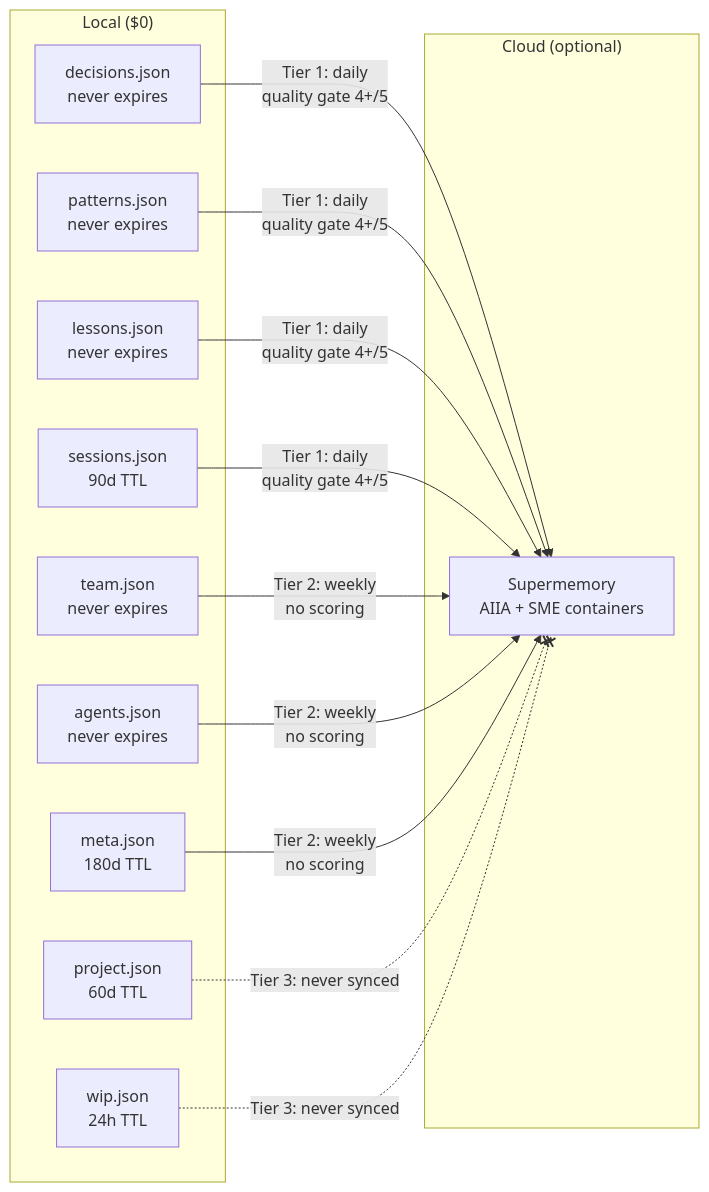
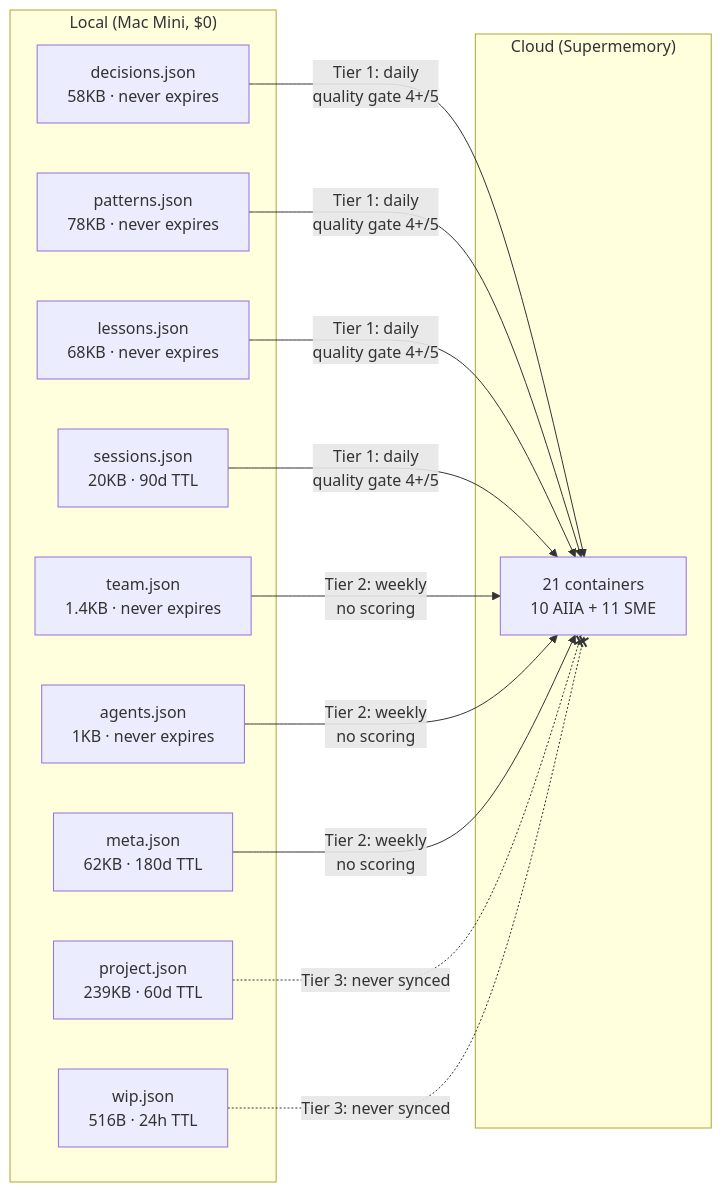
Before and after one commit to ericlovo/AIIA: the second of 4 diagrams in local_brain/README.md, drawn with Mermaid. The commit also changed other lines of this file and 65 other files, not shown here.

````diff
--- a/local_brain/README.md
+++ b/local_brain/README.md
@@ -127,22 +130,22 @@
 ```mermaid
 graph LR
-  subgraph "Local ($0)"
-    D[decisions.json<br/>never expires]
-    P[patterns.json<br/>never expires]
-    L[lessons.json<br/>never expires]
-    S[sessions.json<br/>90d TTL]
-    T[team.json<br/>never expires]
-    A[agents.json<br/>never expires]
-    M[meta.json<br/>180d TTL]
-    PR[project.json<br/>60d TTL]
-    W[wip.json<br/>24h TTL]
+  subgraph "Local (Mac Mini, $0)"
+    D[decisions.json<br/>58KB · never expires]
+    P[patterns.json<br/>78KB · never expires]
+    L[lessons.json<br/>68KB · never expires]
+    S[sessions.json<br/>20KB · 90d TTL]
+    T[team.json<br/>1.4KB · never expires]
+    A[agents.json<br/>1KB · never expires]
+    M[meta.json<br/>62KB · 180d TTL]
+    PR[project.json<br/>239KB · 60d TTL]
+    W[wip.json<br/>516B · 24h TTL]
   end
 
-  subgraph "Cloud (optional)"
-    SC["Supermemory<br/>AIIA + SME containers"]
+  subgraph "Cloud (Supermemory)"
+    SC["21 containers<br/>10 AIIA + 11 SME"]
   end
 
   D & P & L & S -->|"Tier 1: daily<br/>quality gate 4+/5"| SC
   T & A & M -->|"Tier 2: weekly<br/>no scoring"| SC
   PR & W -.-x|"Tier 3: never synced"| SC
 ```
````
